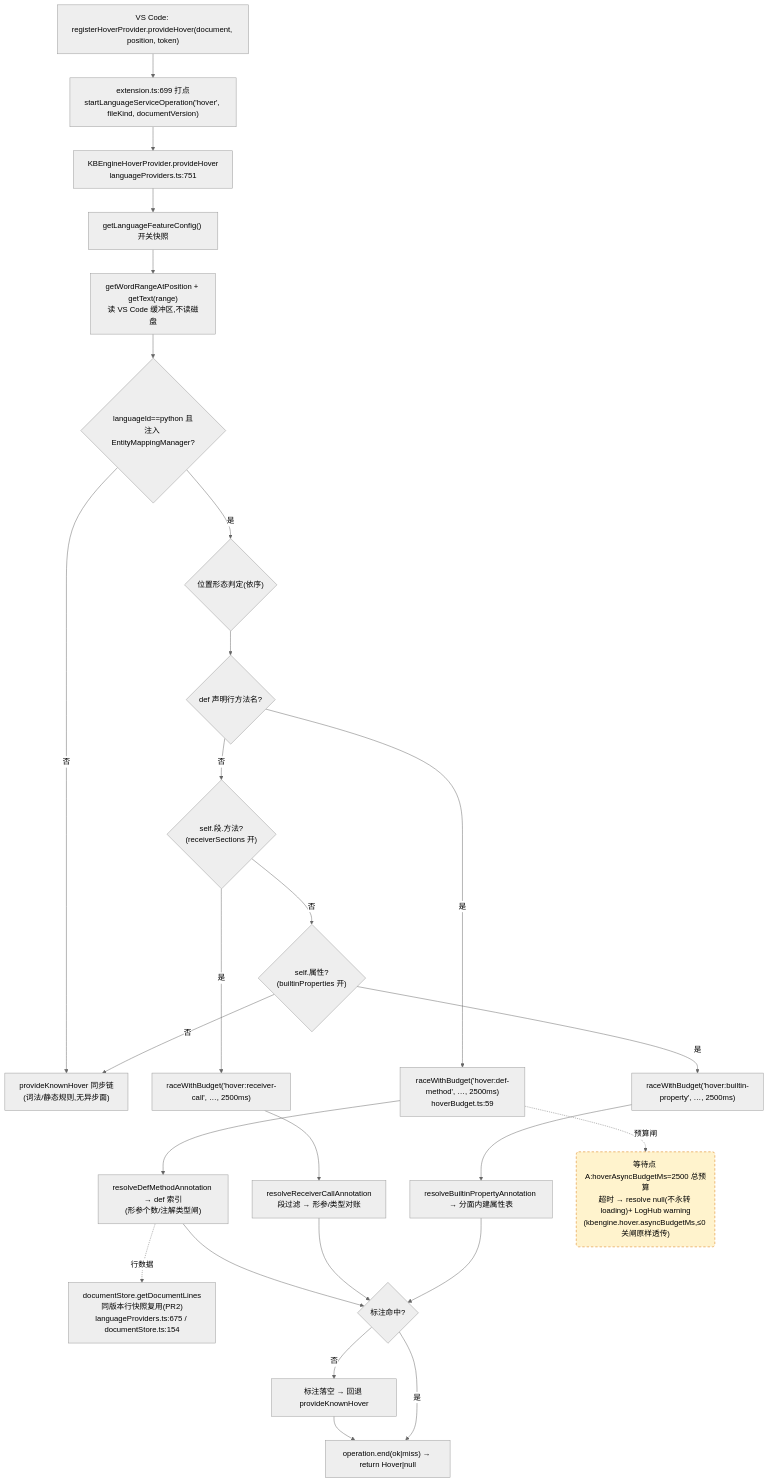
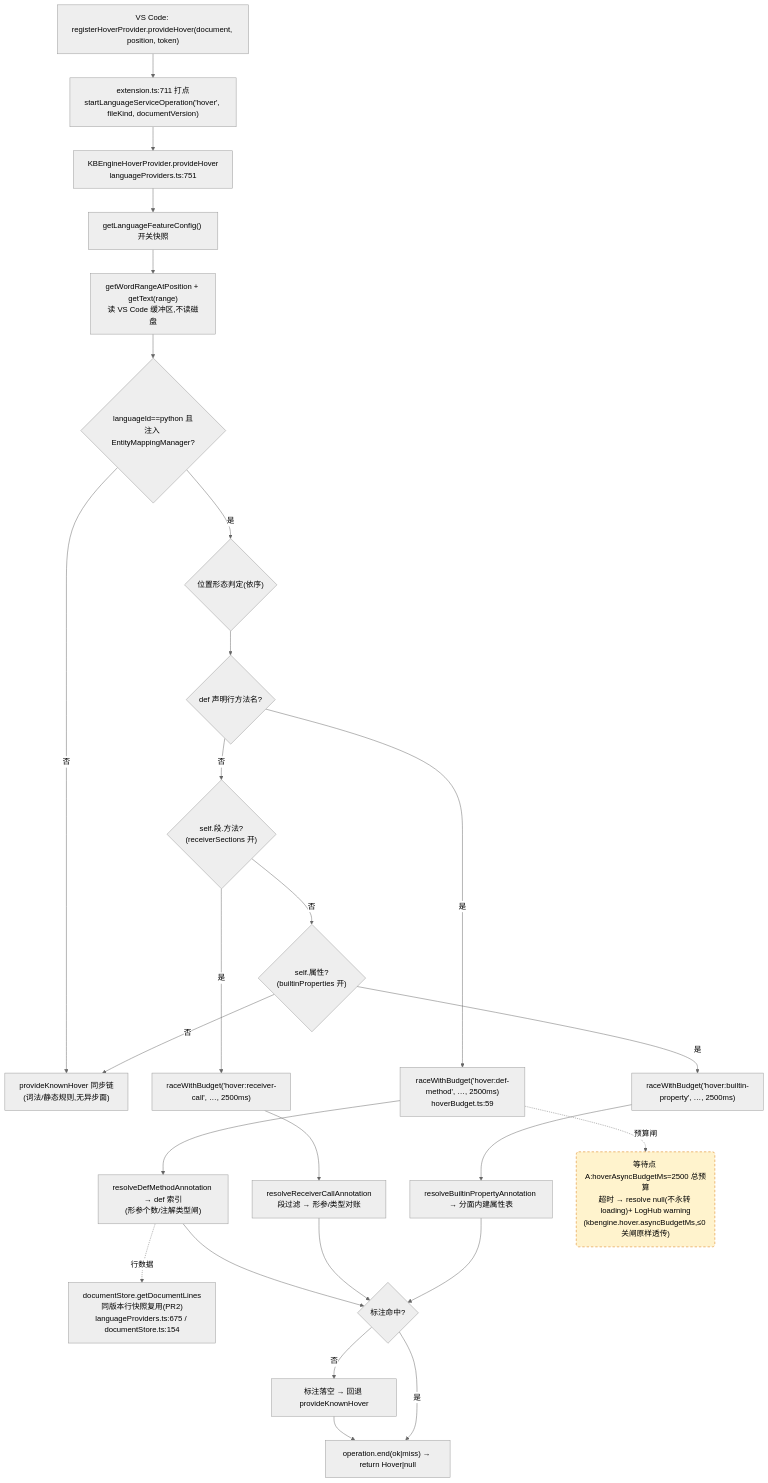
One commit to cuihairu/kode changed the first of 4 diagrams in docs/perf/2026-baseline.md. Above: the diagram before and after it, drawn with Mermaid (neutral theme). The commit also changed other lines of this file and 12 other files, not shown here.

````diff
--- a/docs/perf/2026-baseline.md
+++ b/docs/perf/2026-baseline.md
@@ -82,45 +82,45 @@
 ```mermaid
 flowchart TD
   VC1["VS Code: registerHoverProvider.provideHover(document, position, token)"]
-  M1["extension.ts:699 打点<br/>startLanguageServiceOperation('hover', fileKind, documentVersion)"]
+  M1["extension.ts:711 打点<br/>startLanguageServiceOperation('hover', fileKind, documentVersion)"]
   HP["KBEngineHoverProvider.provideHover<br/>languageProviders.ts:751"]
   CFG["getLanguageFeatureConfig() 开关快照"]
   WORD["getWordRangeAtPosition + getText(range)<br/>读 VS Code 缓冲区,不读磁盘"]
   BR{"languageId==python 且<br/>注入 EntityMappingManager?"}
   KN["provideKnownHover 同步链<br/>(词法/静态规则,无异步面)"]
   POS{"位置形态判定(依序)"}
   D1{"def 声明行方法名?"}
   D2{"self.段.方法?<br/>(receiverSections 开)"}
   D3{"self.属性?<br/>(builtinProperties 开)"}
   RA1["raceWithBudget('hover:def-method', …, 2500ms)<br/>hoverBudget.ts:59"]
   RA2["raceWithBudget('hover:receiver-call', …, 2500ms)"]
   RA3["raceWithBudget('hover:builtin-property', …, 2500ms)"]
   RS1["resolveDefMethodAnnotation → def 索引<br/>(形参个数/注解类型闸)"]
   RS2["resolveReceiverCallAnnotation<br/>段过滤 → 形参/类型对账"]
   RS3["resolveBuiltinPropertyAnnotation → 分面内建属性表"]
   LINES["documentStore.getDocumentLines<br/>同版本行快照复用(PR2)<br/>languageProviders.ts:675 / documentStore.ts:154"]
   MISS["标注落空 → 回退 provideKnownHover"]
   END1["operation.end(ok|miss) → return Hover|null"]
 
   VC1 --> M1 --> HP --> CFG --> WORD --> BR
   BR -- "否" --> KN
   BR -- "是" --> POS --> D1
   D1 -- "是" --> RA1 --> RS1
   D1 -- "否" --> D2
   D2 -- "是" --> RA2 --> RS2
   D2 -- "否" --> D3
   D3 -- "是" --> RA3 --> RS3
   D3 -- "否" --> KN
   RS1 --> HIT{"标注命中?"}
   RS2 --> HIT
   RS3 --> HIT
   RS1 -.->|行数据| LINES
   HIT -- "否" --> MISS --> END1
   HIT -- "是" --> END1
 
   WAITA("等待点 A:hoverAsyncBudgetMs=2500 总预算<br/>超时 → resolve null(不永转 loading)+ LogHub warning<br/>(kbengine.hover.asyncBudgetMs,≤0 关闸原样透传)")
   RA1 -.->|预算闸| WAITA
 
   classDef waitPoint fill:#fff3cd,stroke:#d97706,stroke-dasharray:5 4;
   class WAITA waitPoint;
 ```
````
